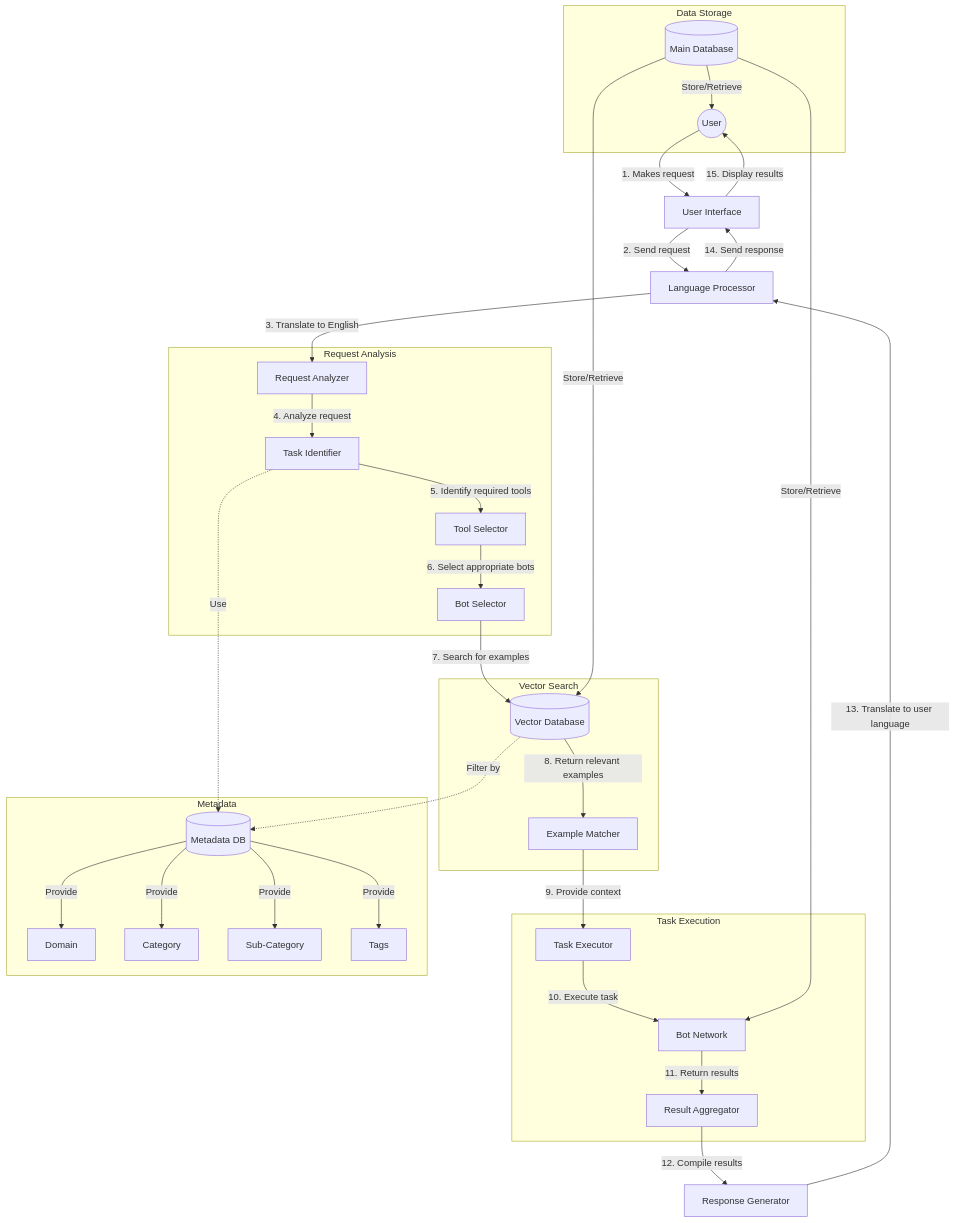
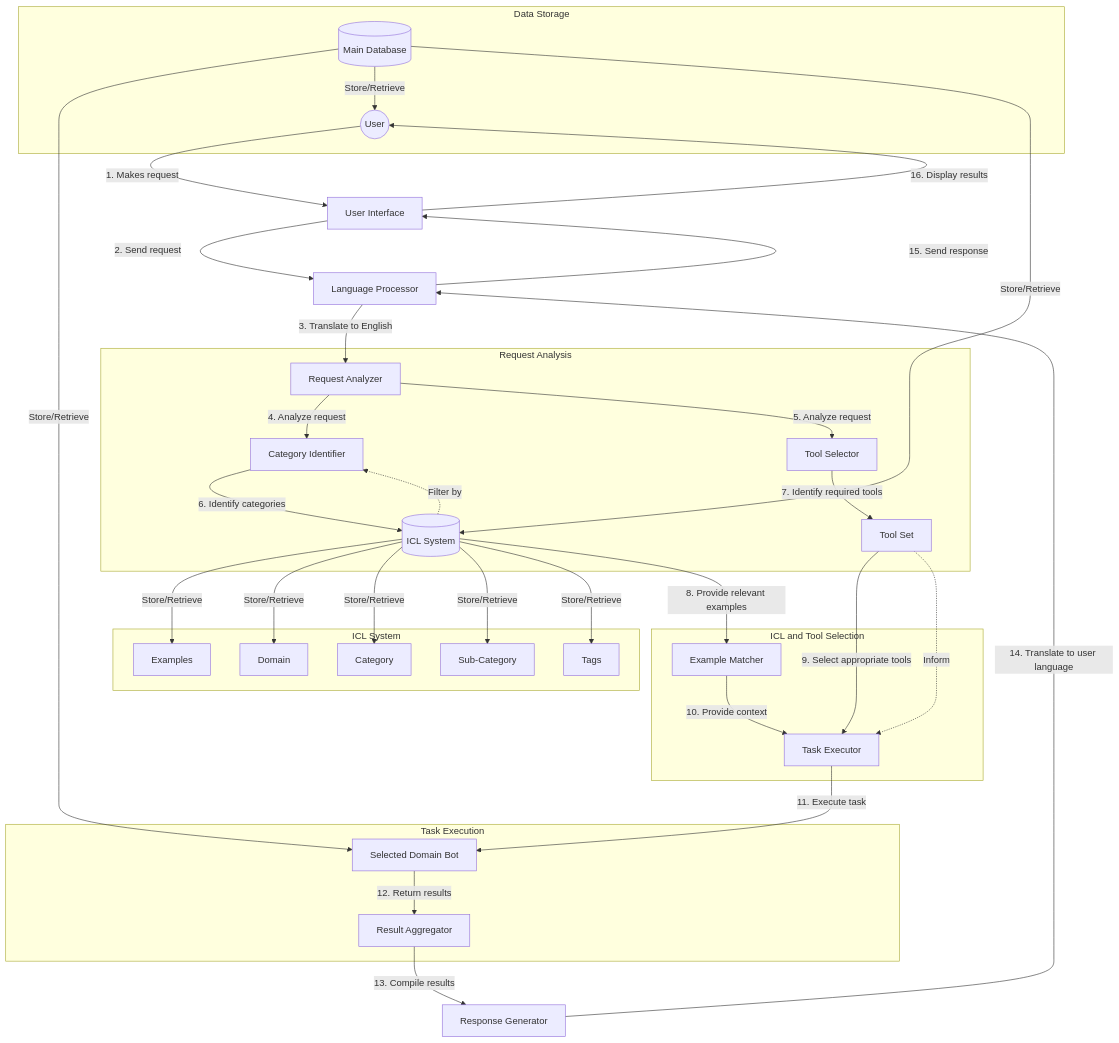
The diagram in docs/masterbots-map-system.md (bitcashorg/masterbots), drawn with Mermaid before and after one commit. The commit also changed other lines of this file and 1 other file, not shown here.

Commit message:
doc: mb system diagram upt

````diff
--- a/docs/masterbots-map-system.md
+++ b/docs/masterbots-map-system.md
@@ -3,46 +3,47 @@
 ```mermaid
 graph TB
     User((User)) --> |1. Makes request| UI[User Interface]
     UI --> |2. Send request| LangProcessor[Language Processor]
     LangProcessor --> |3. Translate to English| RequestAnalyzer[Request Analyzer]
     
     subgraph "Request Analysis"
-        RequestAnalyzer --> |4. Analyze request| TaskIdentifier[Task Identifier]
-        TaskIdentifier --> |5. Identify required tools| ToolSelector[Tool Selector]
-        ToolSelector --> |6. Select appropriate bots| BotSelector[Bot Selector]
+        RequestAnalyzer --> |4. Analyze request| CategoryIdentifier[Category Identifier]
+        RequestAnalyzer --> |5. Analyze request| ToolSelector[Tool Selector]
+        CategoryIdentifier --> |6. Identify categories| ICLSystem[(ICL System)]
+        ToolSelector --> |7. Identify required tools| ToolSet[Tool Set]
     end
     
-    subgraph "Vector Search"
-        BotSelector --> |7. Search for examples| VectorDB[(Vector Database)]
-        VectorDB --> |8. Return relevant examples| ExampleMatcher[Example Matcher]
+    subgraph "ICL System"
+        ICLSystem --> |Store/Retrieve| Examples[Examples]
+        ICLSystem --> |Store/Retrieve| Domain[Domain]
+        ICLSystem --> |Store/Retrieve| Category[Category]
+        ICLSystem --> |Store/Retrieve| SubCategory[Sub-Category]
+        ICLSystem --> |Store/Retrieve| Tags[Tags]
+    end
+    
+    subgraph "ICL and Tool Selection"
+        ICLSystem --> |8. Provide relevant examples| ExampleMatcher[Example Matcher]
+        ToolSet --> |9. Select appropriate tools| TaskExecutor[Task Executor]
     end
     
     subgraph "Task Execution"
-        ExampleMatcher --> |9. Provide context| TaskExecutor[Task Executor]
-        TaskExecutor --> |10. Execute task| Bots[Bot Network]
-        Bots --> |11. Return results| ResultAggregator[Result Aggregator]
+        ExampleMatcher --> |10. Provide context| TaskExecutor
+        TaskExecutor --> |11. Execute task| SelectedDomainBot[Selected Domain Bot]
+        SelectedDomainBot --> |12. Return results| ResultAggregator[Result Aggregator]
     end
     
-    ResultAggregator --> |12. Compile results| ResponseGenerator[Response Generator]
-    ResponseGenerator --> |13. Translate to user language| LangProcessor
-    LangProcessor --> |14. Send response| UI
-    UI --> |15. Display results| User
+    ResultAggregator --> |13. Compile results| ResponseGenerator[Response Generator]
+    ResponseGenerator --> |14. Translate to user language| LangProcessor
+    LangProcessor --> |15. Send response| UI
+    UI --> |16. Display results| User
     
     subgraph "Data Storage"
         MainDB[(Main Database)]
-        MainDB --> |Store/Retrieve| Bots
+        MainDB --> |Store/Retrieve| SelectedDomainBot
         MainDB --> |Store/Retrieve| User
-        MainDB --> |Store/Retrieve| VectorDB
+        MainDB --> |Store/Retrieve| ICLSystem
     end
     
-    subgraph "Metadata"
-        MetadataDB[(Metadata DB)]
-        MetadataDB --> |Provide| Domain[Domain]
-        MetadataDB --> |Provide| Category[Category]
-        MetadataDB --> |Provide| SubCategory[Sub-Category]
-        MetadataDB --> |Provide| Tags[Tags]
-    end
-    
-    VectorDB -.-> |Filter by| MetadataDB
-    TaskIdentifier -.-> |Use| MetadataDB
+    ICLSystem -.-> |Filter by| CategoryIdentifier
+    ToolSet -.-> |Inform| TaskExecutor
 ```
````
